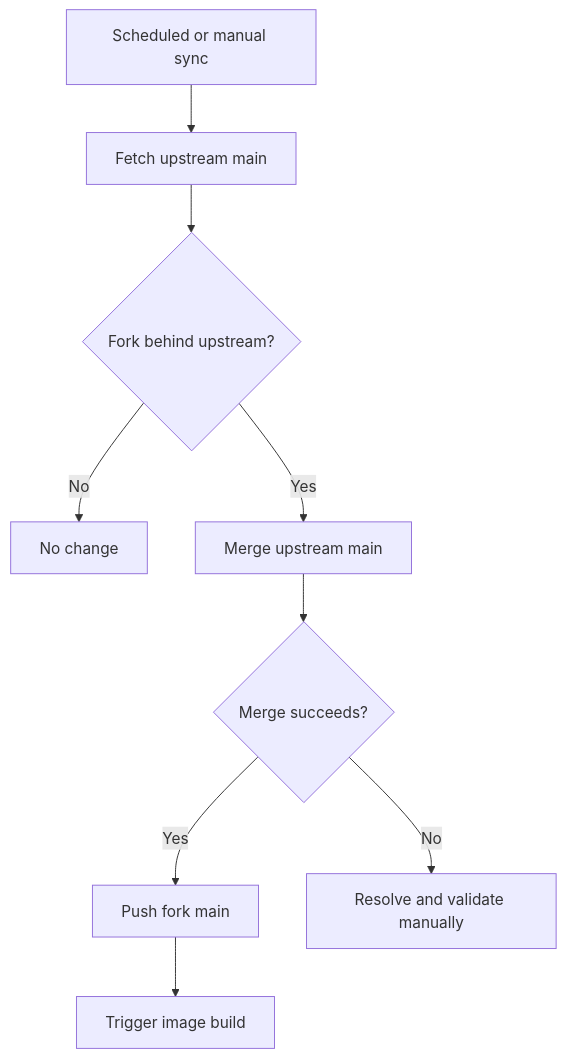
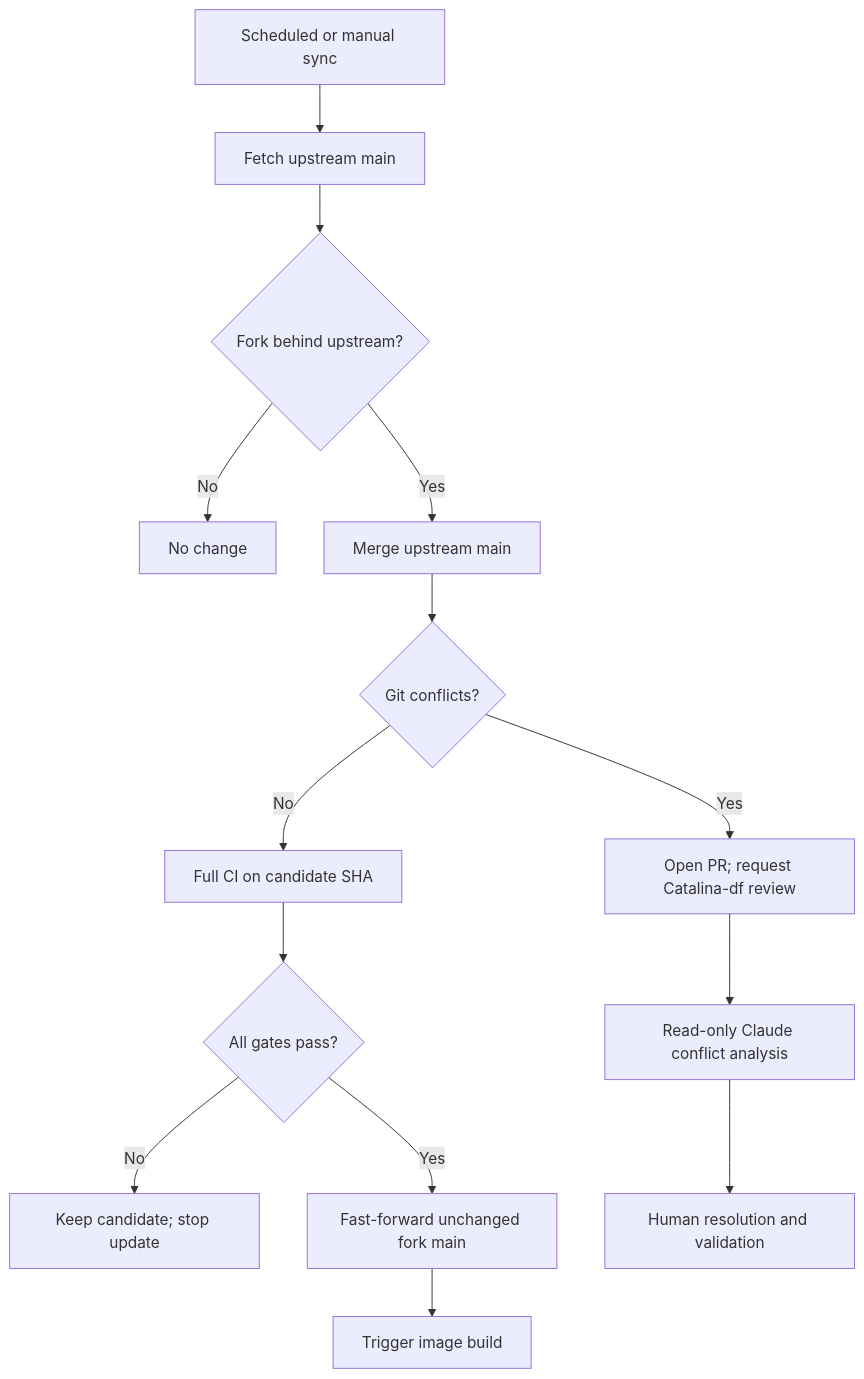
One commit to DF-wu/lilac-mono changed the diagram in docs/fork-differences.md. Above: the diagram before and after it, drawn with Mermaid. The commit also changed other lines of this file and 8 other files, not shown here.

First line of the commit message:
ci(sync): verify clean merges and analyze conflict PRs

````diff
--- a/docs/fork-differences.md
+++ b/docs/fork-differences.md
@@ -135,11 +136,16 @@
 ```mermaid
 flowchart TD
     Check[Scheduled or manual sync] --> Fetch[Fetch upstream main]
     Fetch --> Behind{Fork behind upstream?}
     Behind -->|No| Stop[No change]
     Behind -->|Yes| Merge[Merge upstream main]
-    Merge --> Clean{Merge succeeds?}
-    Clean -->|Yes| Push[Push fork main]
+    Merge --> Clean{Git conflicts?}
+    Clean -->|No| CI[Full CI on candidate SHA]
+    CI --> Passed{All gates pass?}
+    Passed -->|No| Hold[Keep candidate; stop update]
+    Passed -->|Yes| Push[Fast-forward unchanged fork main]
     Push --> Build[Trigger image build]
-    Clean -->|No| Manual[Resolve and validate manually]
+    Clean -->|Yes| PR[Open PR; request Catalina-df review]
+    PR --> AI[Read-only Claude conflict analysis]
+    AI --> Manual[Human resolution and validation]
 ```
````
